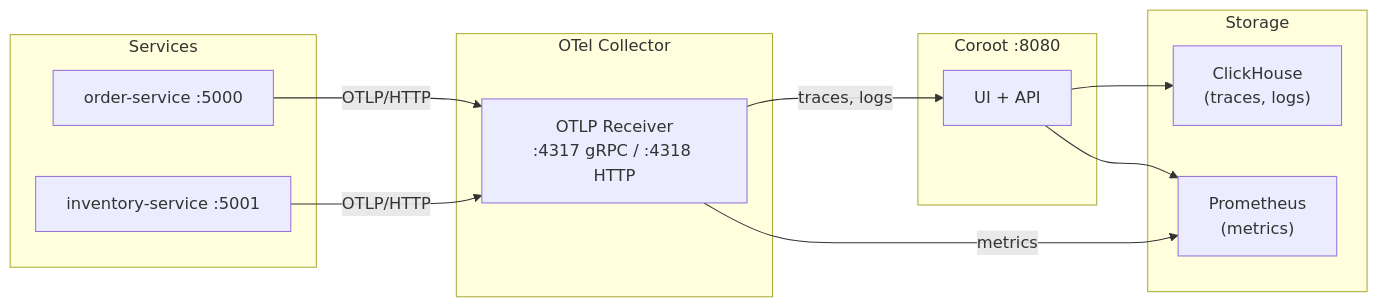
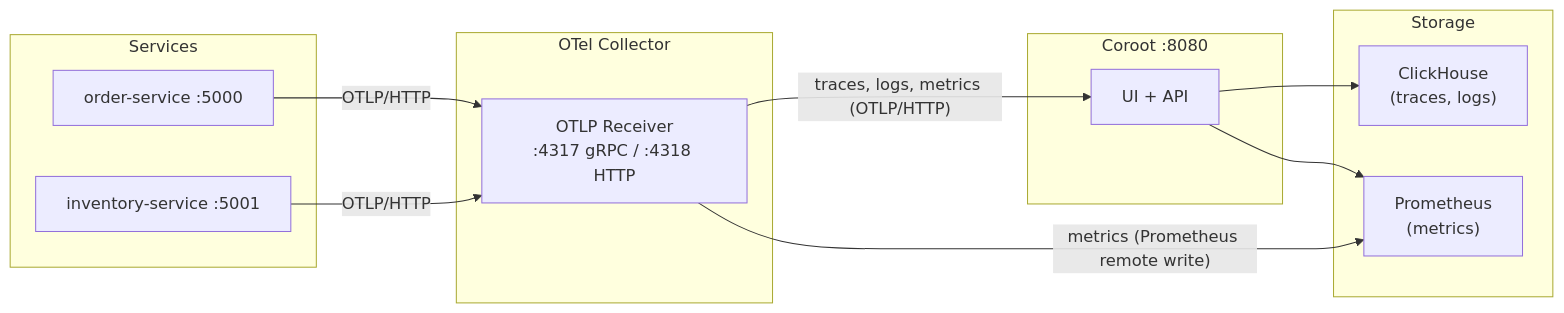
The diagram in o11y-coroot/README.md (Connectum-Framework/examples), drawn with Mermaid before and after one commit. The commit also changed other lines of this file and 13 other files, not shown here.

````diff
--- a/o11y-coroot/README.md
+++ b/o11y-coroot/README.md
@@ -14,27 +14,27 @@
 ```mermaid
 graph LR
     subgraph Services
         OS["order-service :5000"]
         IS["inventory-service :5001"]
     end
 
     subgraph OTel["OTel Collector"]
         OTLP["OTLP Receiver\n:4317 gRPC / :4318 HTTP"]
     end
 
     subgraph Coroot["Coroot :8080"]
         UI["UI + API"]
     end
 
     subgraph Storage
         CH["ClickHouse\n(traces, logs)"]
         PM["Prometheus\n(metrics)"]
     end
 
     OS -->|OTLP/HTTP| OTLP
     IS -->|OTLP/HTTP| OTLP
-    OTLP -->|traces, logs| UI
-    OTLP -->|metrics| PM
+    OTLP -->|"traces, logs, metrics (OTLP/HTTP)"| UI
+    OTLP -->|"metrics (Prometheus remote write)"| PM
     UI --> CH
     UI --> PM
 ```
````
